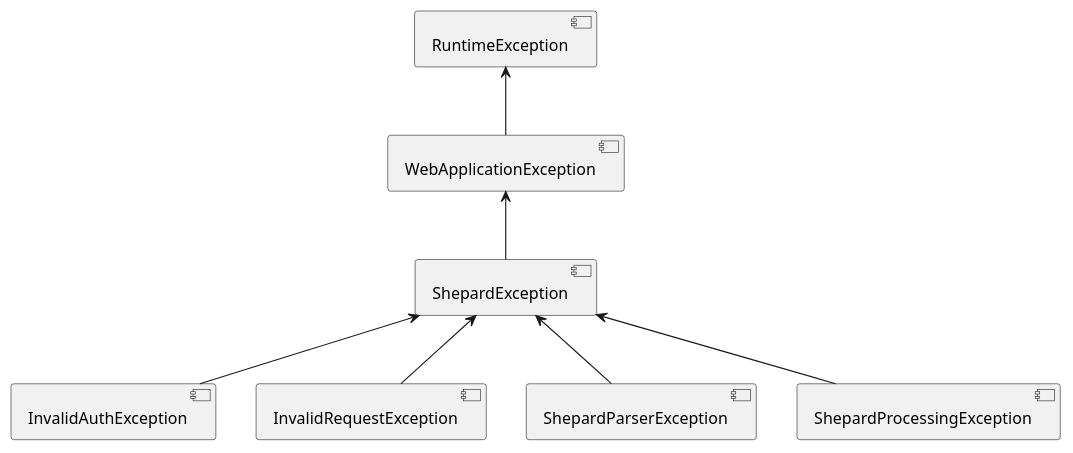
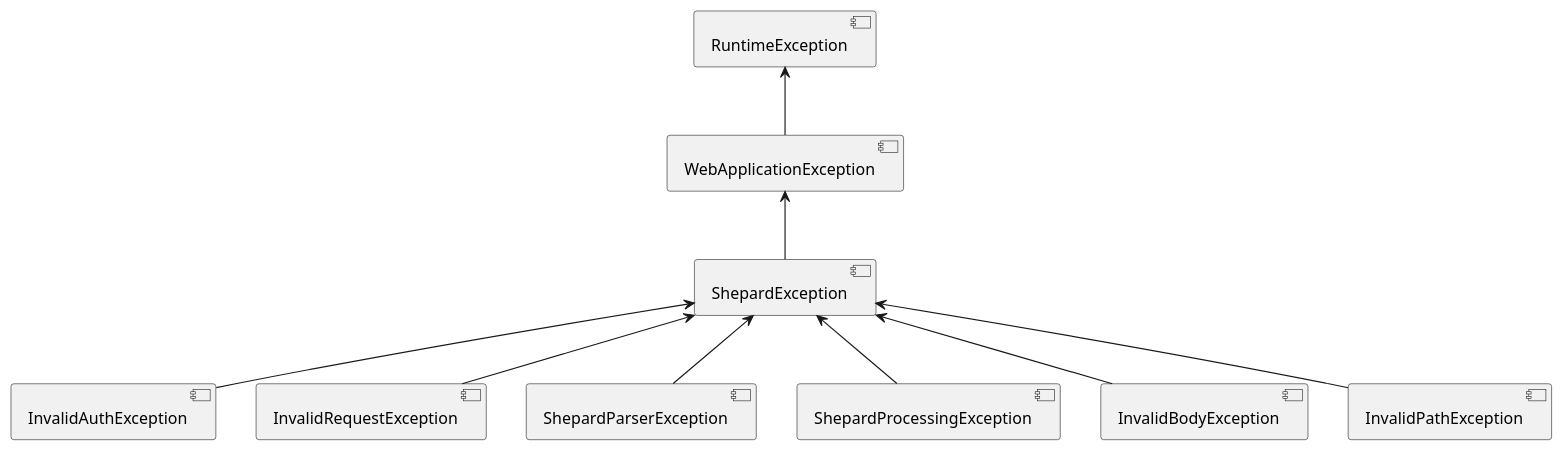
One commit to noheton/shepard changed the diagram in architecture/src/08_concepts/exceptions.adoc. Above: the diagram before and after it, drawn with PlantUML. The commit also changed other lines of this file and 14 other files, not shown here.

```diff
--- a/architecture/src/08_concepts/exceptions.adoc
+++ b/architecture/src/08_concepts/exceptions.adoc
@@ -5,23 +5,27 @@
 [plantuml, "{plantUMLDir}exceptions", png]
 ----
 @startuml Shepard Exceptions
 
 [RuntimeException] as re
 [WebApplicationException] as wae
 [ShepardException] as se
 [InvalidAuthException] as iae
 [InvalidRequestException] as ire
 [ShepardParserException] as parser
 [ShepardProcessingException] as processing
+[InvalidBodyException] as ibe
+[InvalidPathException] as ipe
 
 
 wae -u-> re
 
 se -u-> wae
 
 iae -u-> se
 ire -u-> se
 parser -u-> se
 processing -u-> se
+ibe -u-> se
+ipe -u-> se
 @enduml
 ----
```
